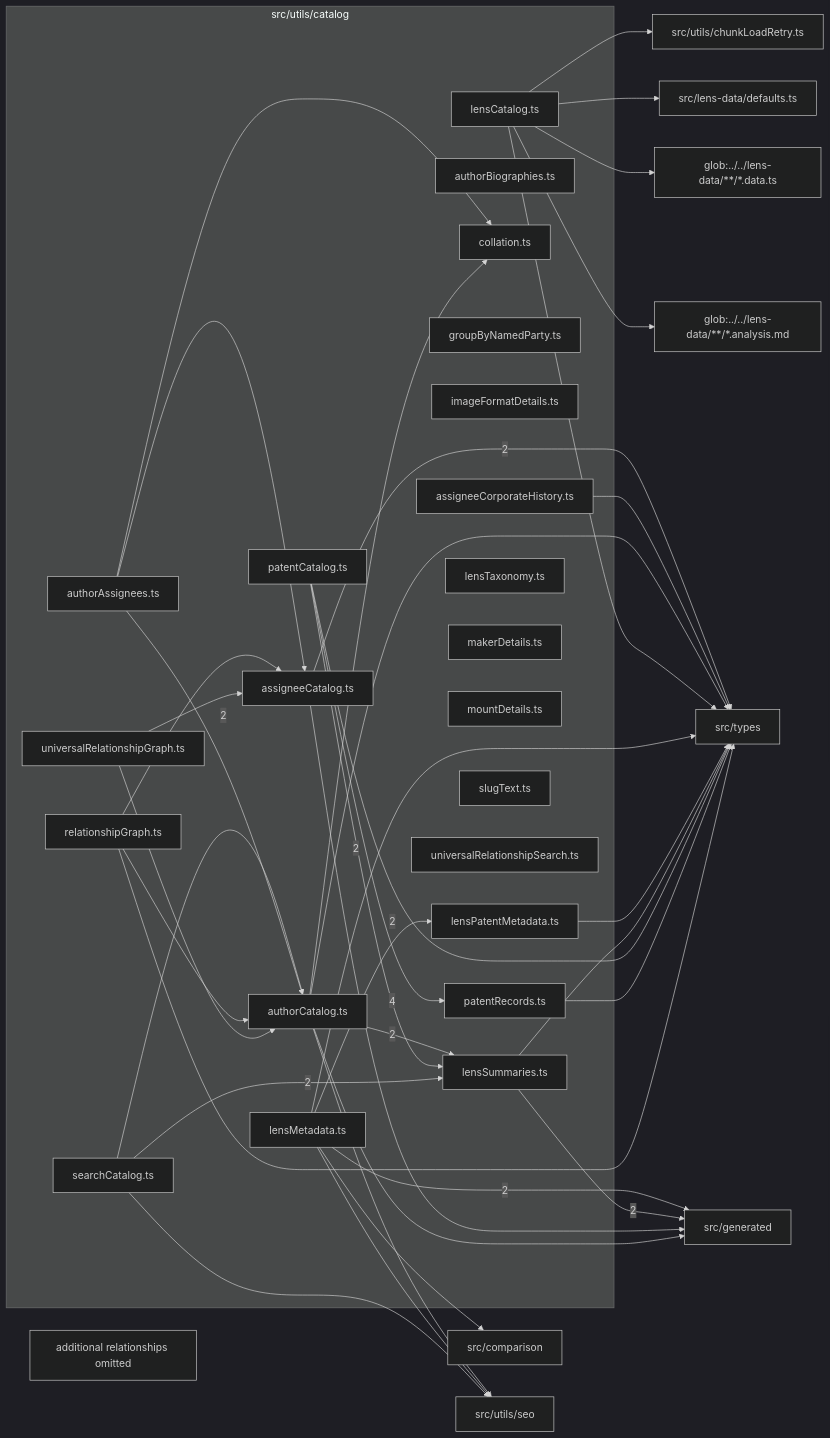
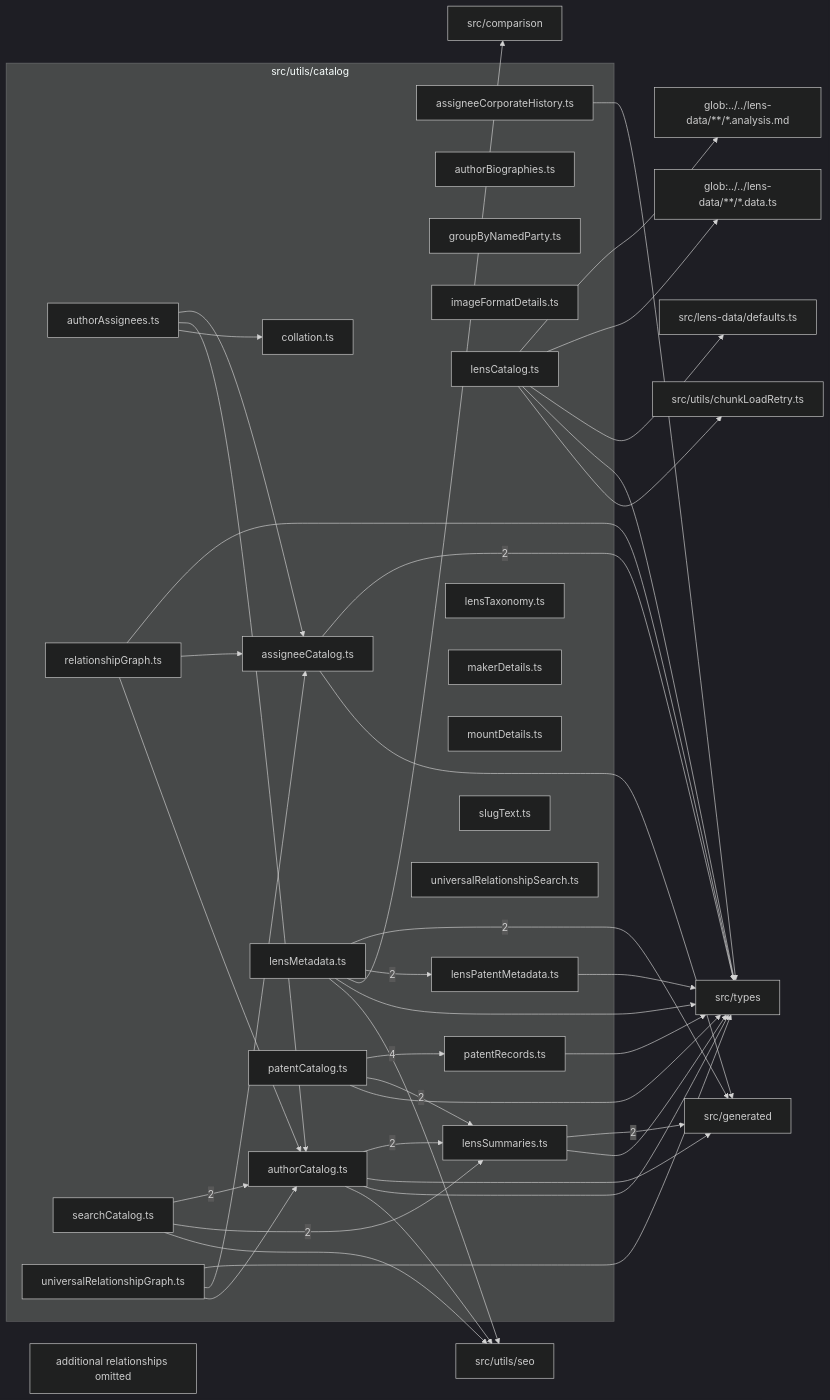
One commit to BeamFour/LensVisualizer changed the diagram in src/utils/catalog/readme.md. Above: the diagram before and after it, drawn with Mermaid (dark theme). The commit also changed other lines of this file and 39 other files, not shown here.

````diff
--- a/src/utils/catalog/readme.md
+++ b/src/utils/catalog/readme.md
@@ -9,72 +9,72 @@
 ```mermaid
 flowchart LR
   subgraph n_src_utils_catalog["src/utils/catalog"]
     n_src_utils_catalog_src_utils_catalog_assigneeCatalog_ts["assigneeCatalog.ts"]
     n_src_utils_catalog_src_utils_catalog_assigneeCorporateHistory_ts["assigneeCorporateHistory.ts"]
     n_src_utils_catalog_src_utils_catalog_authorAssignees_ts["authorAssignees.ts"]
     n_src_utils_catalog_src_utils_catalog_authorBiographies_ts["authorBiographies.ts"]
     n_src_utils_catalog_src_utils_catalog_authorCatalog_ts["authorCatalog.ts"]
     n_src_utils_catalog_src_utils_catalog_collation_ts["collation.ts"]
     n_src_utils_catalog_src_utils_catalog_groupByNamedParty_ts["groupByNamedParty.ts"]
     n_src_utils_catalog_src_utils_catalog_imageFormatDetails_ts["imageFormatDetails.ts"]
     n_src_utils_catalog_src_utils_catalog_lensCatalog_ts["lensCatalog.ts"]
     n_src_utils_catalog_src_utils_catalog_lensMetadata_ts["lensMetadata.ts"]
     n_src_utils_catalog_src_utils_catalog_lensPatentMetadata_ts["lensPatentMetadata.ts"]
     n_src_utils_catalog_src_utils_catalog_lensSummaries_ts["lensSummaries.ts"]
     n_src_utils_catalog_src_utils_catalog_lensTaxonomy_ts["lensTaxonomy.ts"]
     n_src_utils_catalog_src_utils_catalog_makerDetails_ts["makerDetails.ts"]
     n_src_utils_catalog_src_utils_catalog_mountDetails_ts["mountDetails.ts"]
     n_src_utils_catalog_src_utils_catalog_patentCatalog_ts["patentCatalog.ts"]
     n_src_utils_catalog_src_utils_catalog_patentRecords_ts["patentRecords.ts"]
     n_src_utils_catalog_src_utils_catalog_relationshipGraph_ts["relationshipGraph.ts"]
     n_src_utils_catalog_src_utils_catalog_searchCatalog_ts["searchCatalog.ts"]
     n_src_utils_catalog_src_utils_catalog_slugText_ts["slugText.ts"]
     n_src_utils_catalog_src_utils_catalog_universalRelationshipGraph_ts["universalRelationshipGraph.ts"]
     n_src_utils_catalog_src_utils_catalog_universalRelationshipSearch_ts["universalRelationshipSearch.ts"]
   end
   n_external_src_generated["src/generated"]
   n_external_src_types["src/types"]
   n_external_glob_______lens_data______analysis_md["glob:../../lens-data/**/*.analysis.md"]
   n_external_glob_______lens_data______data_ts["glob:../../lens-data/**/*.data.ts"]
   n_external_src_comparison["src/comparison"]
   n_external_src_lens_data_defaults_ts["src/lens-data/defaults.ts"]
   n_external_src_utils_chunkLoadRetry_ts["src/utils/chunkLoadRetry.ts"]
   n_external_src_utils_seo["src/utils/seo"]
   n_src_utils_catalog_src_utils_catalog_patentCatalog_ts --> |4| n_src_utils_catalog_src_utils_catalog_patentRecords_ts
   n_src_utils_catalog_src_utils_catalog_lensMetadata_ts --> |2| n_external_src_generated
   n_src_utils_catalog_src_utils_catalog_lensSummaries_ts --> |2| n_external_src_generated
   n_src_utils_catalog_src_utils_catalog_assigneeCatalog_ts --> |2| n_external_src_types
   n_src_utils_catalog_src_utils_catalog_searchCatalog_ts --> |2| n_src_utils_catalog_src_utils_catalog_authorCatalog_ts
   n_src_utils_catalog_src_utils_catalog_lensMetadata_ts --> |2| n_src_utils_catalog_src_utils_catalog_lensPatentMetadata_ts
   n_src_utils_catalog_src_utils_catalog_authorCatalog_ts --> |2| n_src_utils_catalog_src_utils_catalog_lensSummaries_ts
   n_src_utils_catalog_src_utils_catalog_patentCatalog_ts --> |2| n_src_utils_catalog_src_utils_catalog_lensSummaries_ts
   n_src_utils_catalog_src_utils_catalog_searchCatalog_ts --> |2| n_src_utils_catalog_src_utils_catalog_lensSummaries_ts
   n_src_utils_catalog_src_utils_catalog_lensCatalog_ts --> n_external_glob_______lens_data______analysis_md
   n_src_utils_catalog_src_utils_catalog_lensCatalog_ts --> n_external_glob_______lens_data______data_ts
   n_src_utils_catalog_src_utils_catalog_lensMetadata_ts --> n_external_src_comparison
   n_src_utils_catalog_src_utils_catalog_assigneeCatalog_ts --> n_external_src_generated
   n_src_utils_catalog_src_utils_catalog_authorCatalog_ts --> n_external_src_generated
   n_src_utils_catalog_src_utils_catalog_lensCatalog_ts --> n_external_src_lens_data_defaults_ts
   n_src_utils_catalog_src_utils_catalog_assigneeCorporateHistory_ts --> n_external_src_types
   n_src_utils_catalog_src_utils_catalog_authorCatalog_ts --> n_external_src_types
   n_src_utils_catalog_src_utils_catalog_lensCatalog_ts --> n_external_src_types
   n_src_utils_catalog_src_utils_catalog_lensMetadata_ts --> n_external_src_types
   n_src_utils_catalog_src_utils_catalog_lensPatentMetadata_ts --> n_external_src_types
   n_src_utils_catalog_src_utils_catalog_lensSummaries_ts --> n_external_src_types
   n_src_utils_catalog_src_utils_catalog_patentCatalog_ts --> n_external_src_types
   n_src_utils_catalog_src_utils_catalog_patentRecords_ts --> n_external_src_types
   n_src_utils_catalog_src_utils_catalog_relationshipGraph_ts --> n_external_src_types
+  n_src_utils_catalog_src_utils_catalog_universalRelationshipGraph_ts --> n_external_src_types
   n_src_utils_catalog_src_utils_catalog_lensCatalog_ts --> n_external_src_utils_chunkLoadRetry_ts
   n_src_utils_catalog_src_utils_catalog_authorCatalog_ts --> n_external_src_utils_seo
   n_src_utils_catalog_src_utils_catalog_lensMetadata_ts --> n_external_src_utils_seo
   n_src_utils_catalog_src_utils_catalog_searchCatalog_ts --> n_external_src_utils_seo
   n_src_utils_catalog_src_utils_catalog_authorAssignees_ts --> n_src_utils_catalog_src_utils_catalog_assigneeCatalog_ts
   n_src_utils_catalog_src_utils_catalog_relationshipGraph_ts --> n_src_utils_catalog_src_utils_catalog_assigneeCatalog_ts
   n_src_utils_catalog_src_utils_catalog_universalRelationshipGraph_ts --> n_src_utils_catalog_src_utils_catalog_assigneeCatalog_ts
   n_src_utils_catalog_src_utils_catalog_authorAssignees_ts --> n_src_utils_catalog_src_utils_catalog_authorCatalog_ts
   n_src_utils_catalog_src_utils_catalog_relationshipGraph_ts --> n_src_utils_catalog_src_utils_catalog_authorCatalog_ts
   n_src_utils_catalog_src_utils_catalog_universalRelationshipGraph_ts --> n_src_utils_catalog_src_utils_catalog_authorCatalog_ts
   n_src_utils_catalog_src_utils_catalog_authorAssignees_ts --> n_src_utils_catalog_src_utils_catalog_collation_ts
-  n_src_utils_catalog_src_utils_catalog_authorCatalog_ts --> n_src_utils_catalog_src_utils_catalog_collation_ts
   n_src_utils_catalog_truncated["additional relationships omitted"]
 ```
````
